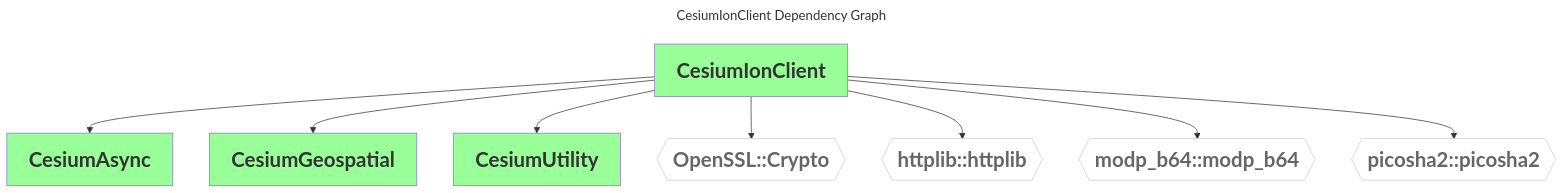
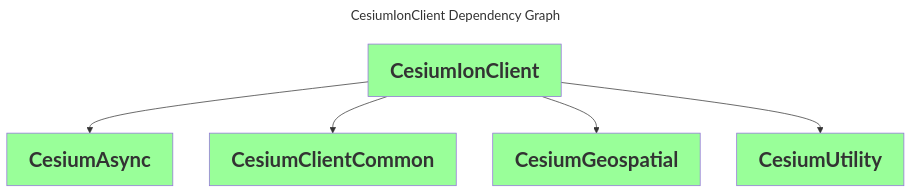
One commit to CesiumGS/cesium-native changed the diagram in doc/diagrams/dependencies/CesiumIonClient.mmd. Above: the diagram before and after it, drawn with Mermaid. The commit also changed 18 other files, not shown here.

```diff
--- a/doc/diagrams/dependencies/CesiumIonClient.mmd
+++ b/doc/diagrams/dependencies/CesiumIonClient.mmd
@@ -1,17 +1,13 @@
 ---
 comment: This file was generated by dep-graph-gen. DO NOT EDIT THIS FILE!
 
 title: CesiumIonClient Dependency Graph
 ---
 graph TD
   classDef dependencyNode fill:#fff,stroke:#ccc,color:#666,font-weight:bold,font-size:28px
   classDef libraryNode fill:#9f9,font-weight:bold,font-size:28px
   CesiumIonClient[CesiumIonClient] --> CesiumAsync[CesiumAsync]
+  CesiumIonClient[CesiumIonClient] --> CesiumClientCommon[CesiumClientCommon]
   CesiumIonClient[CesiumIonClient] --> CesiumGeospatial[CesiumGeospatial]
   CesiumIonClient[CesiumIonClient] --> CesiumUtility[CesiumUtility]
-  CesiumIonClient[CesiumIonClient] --> OpenSSL_Crypto{{OpenSSL::Crypto}}
-  CesiumIonClient[CesiumIonClient] --> httplib_httplib{{httplib::httplib}}
-  CesiumIonClient[CesiumIonClient] --> modp_b64_modp_b64{{modp_b64::modp_b64}}
-  CesiumIonClient[CesiumIonClient] --> picosha2_picosha2{{picosha2::picosha2}}
-  class OpenSSL_Crypto,httplib_httplib,modp_b64_modp_b64,picosha2_picosha2 dependencyNode
-  class CesiumAsync,CesiumGeospatial,CesiumUtility,CesiumIonClient libraryNode
+  class CesiumAsync,CesiumClientCommon,CesiumGeospatial,CesiumUtility,CesiumIonClient libraryNode
```
